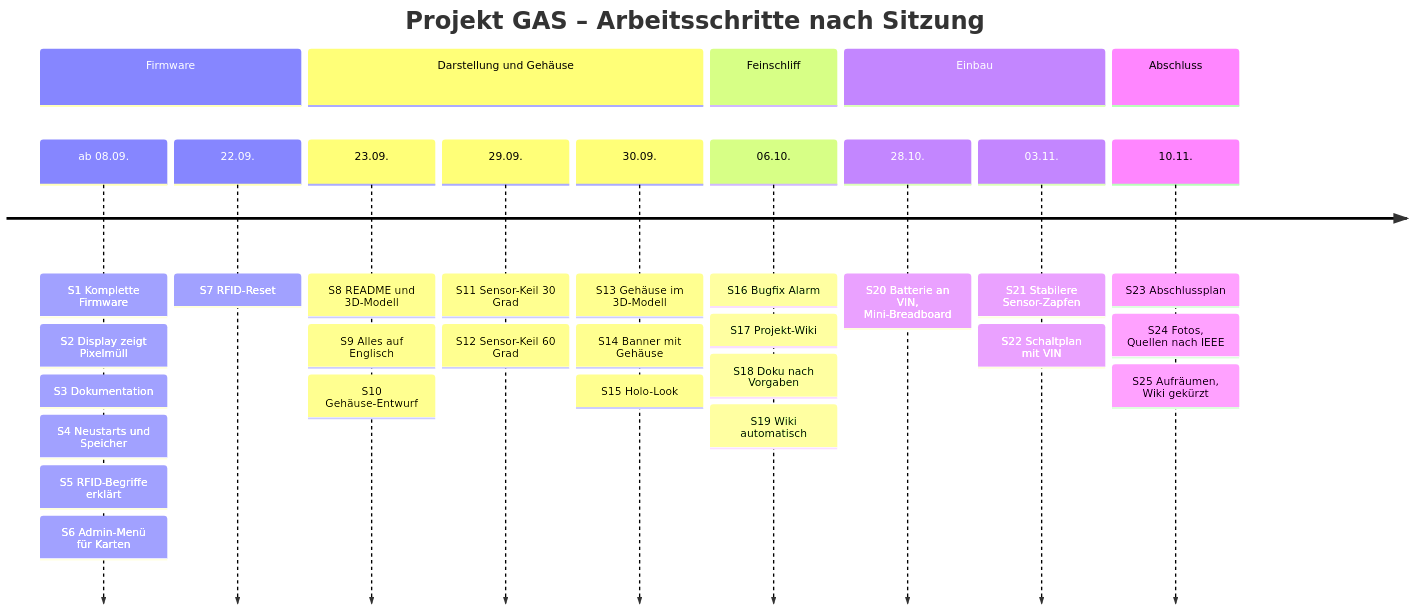
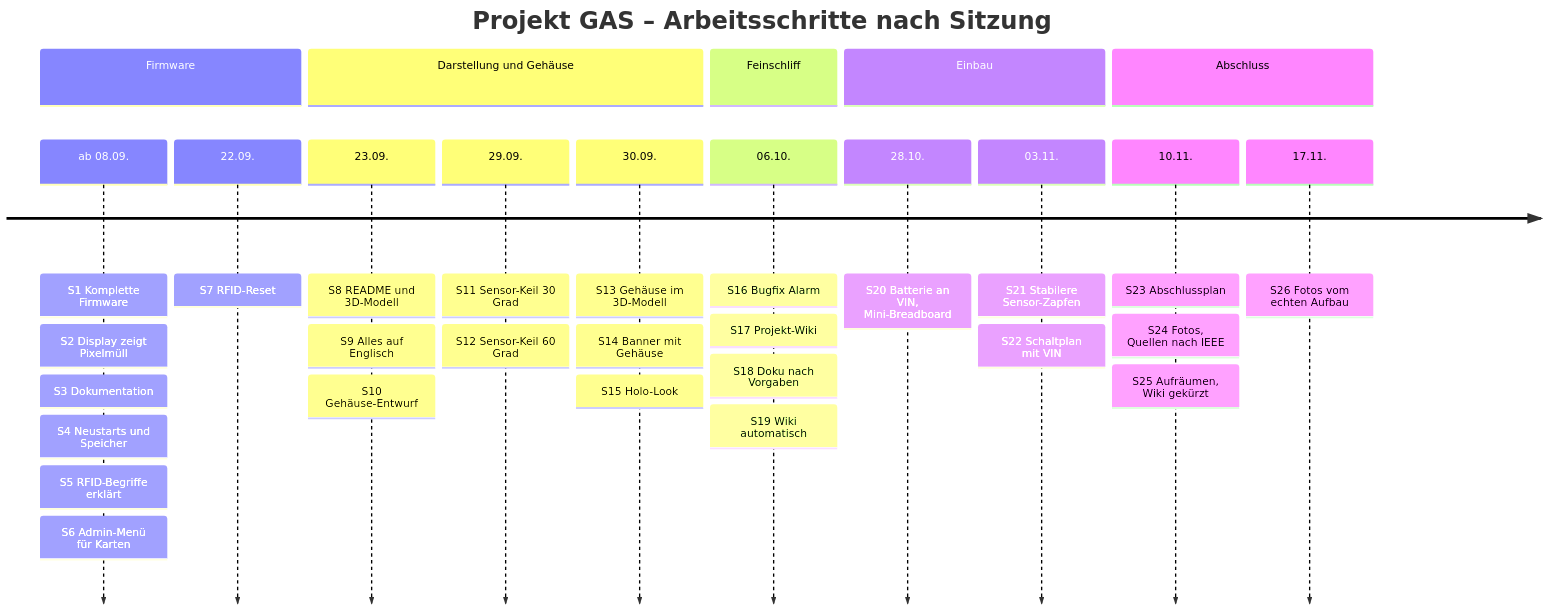
Before and after one commit to BBZ-AIFS51/LF7-Projekt_GAS: the first of 3 diagrams in wiki/Entwicklungsverlauf.md, drawn with Mermaid. The commit also changed other lines of this file and 14 other files, not shown here.

````diff
--- a/wiki/Entwicklungsverlauf.md
+++ b/wiki/Entwicklungsverlauf.md
@@ -23,34 +23,35 @@
 ```mermaid
 timeline
     title Projekt GAS – Arbeitsschritte nach Sitzung
     section Firmware
         ab 08.09. : S1 Komplette Firmware
                   : S2 Display zeigt Pixelmüll
                   : S3 Dokumentation
                   : S4 Neustarts und Speicher
                   : S5 RFID-Begriffe erklärt
                   : S6 Admin-Menü für Karten
         22.09. : S7 RFID-Reset
     section Darstellung und Gehäuse
         23.09. : S8 README und 3D-Modell
                : S9 Alles auf Englisch
                : S10 Gehäuse-Entwurf
         29.09. : S11 Sensor-Keil 30 Grad
                : S12 Sensor-Keil 60 Grad
         30.09. : S13 Gehäuse im 3D-Modell
                : S14 Banner mit Gehäuse
                : S15 Holo-Look
     section Feinschliff
         06.10. : S16 Bugfix Alarm
                : S17 Projekt-Wiki
                : S18 Doku nach Vorgaben
                : S19 Wiki automatisch
     section Einbau
         28.10. : S20 Batterie an VIN, Mini-Breadboard
         03.11. : S21 Stabilere Sensor-Zapfen
                : S22 Schaltplan mit VIN
     section Abschluss
         10.11. : S23 Abschlussplan
                : S24 Fotos, Quellen nach IEEE
                : S25 Aufräumen, Wiki gekürzt
+        17.11. : S26 Fotos vom echten Aufbau
 ```
````
